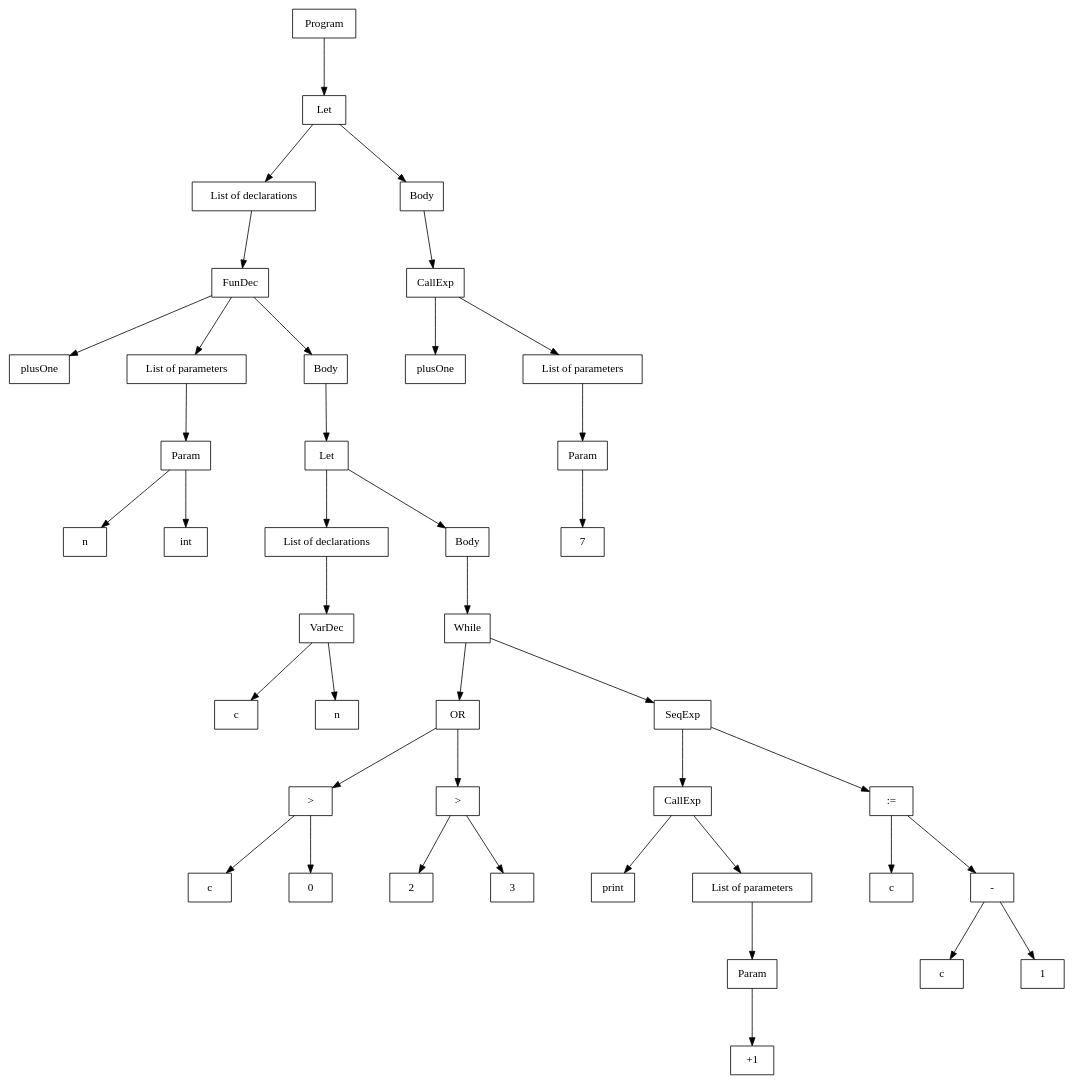
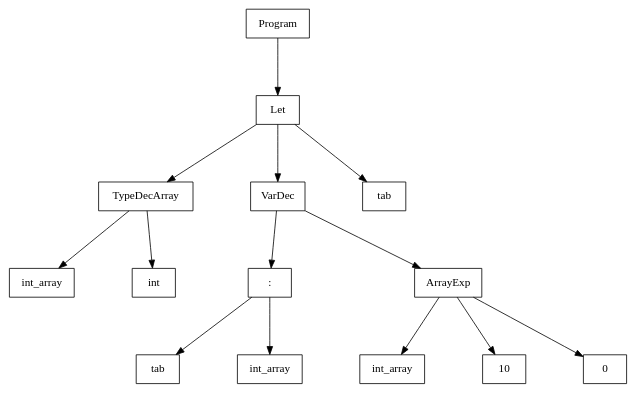
One commit to BigBaz54/Tiger_compiler changed the diagram in out/tree.dot. Above: the diagram before and after it, drawn with Graphviz. The commit also changed 6 other files, not shown here.

```diff
--- a/out/tree.dot
+++ b/out/tree.dot
@@ -1,88 +1,34 @@
 digraph "ast"{
 
 	nodesep=1;
 	ranksep=1;
 
 	N1 [label="Let", shape="box"];
-	N2 [label="List of declarations", shape="box"];
-	N3 [label="FunDec", shape="box"];
-	N4 [label="plusOne", shape="box"];
-	N5 [label="List of parameters", shape="box"];
-	N6 [label="n", shape="box"];
-	N7 [label="int", shape="box"];
-	N8 [label="Param", shape="box"];
-	N9 [label="Body", shape="box"];
-	N10 [label="Let", shape="box"];
-	N11 [label="List of declarations", shape="box"];
-	N12 [label="VarDec", shape="box"];
-	N13 [label="c", shape="box"];
-	N14 [label="n", shape="box"];
-	N15 [label="Body", shape="box"];
-	N16 [label="While", shape="box"];
-	N17 [label="OR", shape="box"];
-	N18 [label=">", shape="box"];
-	N19 [label="c", shape="box"];
-	N20 [label="0", shape="box"];
-	N21 [label=">", shape="box"];
-	N22 [label="2", shape="box"];
-	N23 [label="3", shape="box"];
-	N24 [label="SeqExp", shape="box"];
-	N25 [label="CallExp", shape="box"];
-	N26 [label="print", shape="box"];
-	N27 [label="List of parameters", shape="box"];
-	N28 [label="+1", shape="box"];
-	N29 [label="Param", shape="box"];
-	N30 [label=":=", shape="box"];
-	N31 [label="c", shape="box"];
-	N32 [label="-", shape="box"];
-	N33 [label="c", shape="box"];
-	N34 [label="1", shape="box"];
-	N35 [label="Body", shape="box"];
-	N36 [label="CallExp", shape="box"];
-	N37 [label="plusOne", shape="box"];
-	N38 [label="List of parameters", shape="box"];
-	N39 [label="7", shape="box"];
-	N40 [label="Param", shape="box"];
+	N2 [label="TypeDecArray", shape="box"];
+	N3 [label="int_array", shape="box"];
+	N4 [label="int", shape="box"];
+	N5 [label="VarDec", shape="box"];
+	N6 [label=":", shape="box"];
+	N7 [label="tab", shape="box"];
+	N8 [label="int_array", shape="box"];
+	N9 [label="ArrayExp", shape="box"];
+	N10 [label="int_array", shape="box"];
+	N11 [label="10", shape="box"];
+	N12 [label="0", shape="box"];
+	N13 [label="tab", shape="box"];
 	N0 [label="Program", shape="box"];
 
+	N2 -> N3; 
+	N2 -> N4; 
 	N1 -> N2; 
-	N8 -> N6; 
-	N8 -> N7; 
-	N5 -> N8; 
-	N10 -> N11; 
-	N12 -> N13; 
-	N12 -> N14; 
-	N11 -> N12; 
-	N10 -> N15; 
-	N18 -> N19; 
-	N18 -> N20; 
-	N21 -> N22; 
-	N21 -> N23; 
-	N17 -> N18; 
-	N17 -> N21; 
-	N25 -> N26; 
-	N29 -> N28; 
-	N27 -> N29; 
-	N25 -> N27; 
-	N24 -> N25; 
-	N30 -> N31; 
-	N32 -> N33; 
-	N32 -> N34; 
-	N30 -> N32; 
-	N24 -> N30; 
-	N16 -> N17; 
-	N16 -> N24; 
-	N15 -> N16; 
-	N3 -> N4; 
-	N3 -> N5; 
-	N3 -> N9; 
+	N6 -> N7; 
+	N6 -> N8; 
 	N9 -> N10; 
-	N2 -> N3; 
-	N1 -> N35; 
-	N36 -> N37; 
-	N40 -> N39; 
-	N38 -> N40; 
-	N36 -> N38; 
-	N35 -> N36; 
+	N9 -> N11; 
+	N9 -> N12; 
+	N5 -> N6; 
+	N5 -> N9; 
+	N1 -> N5; 
+	N1 -> N13; 
 	N0 -> N1; 
 }
```
